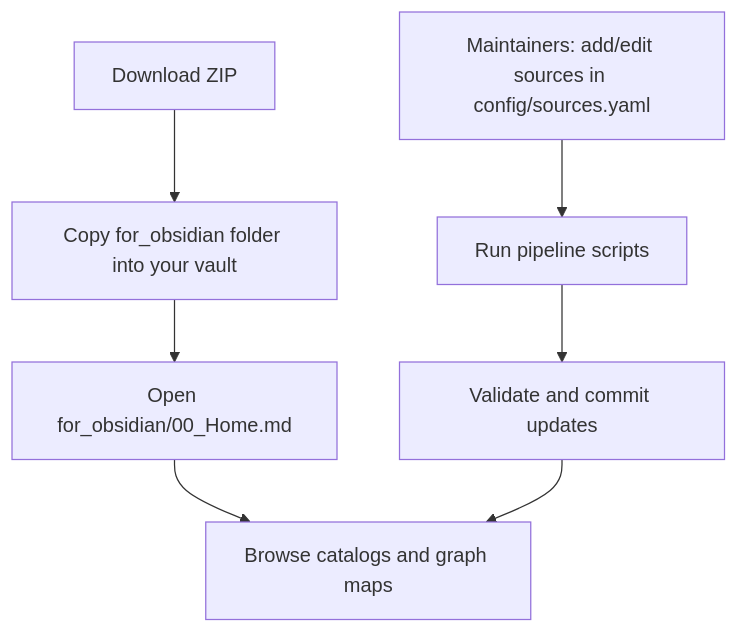
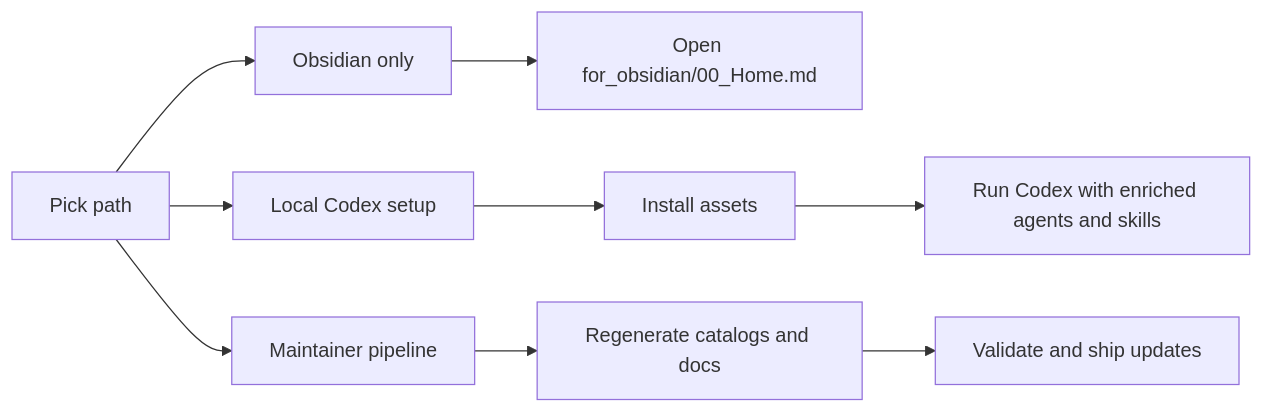
One commit to anujraja/Codex-Software-Developer changed the first of 3 diagrams in README.md. Above: the diagram before and after it, drawn with Mermaid. The commit also changed other lines of this file and 1 other file, not shown here.

````diff
--- a/README.md
+++ b/README.md
@@ -69,9 +81,11 @@
 ```mermaid
-flowchart TD
-  A["Download ZIP"] --> B["Copy for_obsidian folder into your vault"]
-  B --> C["Open for_obsidian/00_Home.md"]
-  C --> D["Browse catalogs and graph maps"]
-  E["Maintainers: add/edit sources in config/sources.yaml"] --> F["Run pipeline scripts"]
-  F --> G["Validate and commit updates"]
-  G --> D
+flowchart LR
+  A["Pick path"] --> B["Obsidian only"]
+  A --> C["Local Codex setup"]
+  A --> D["Maintainer pipeline"]
+  B --> E["Open for_obsidian/00_Home.md"]
+  C --> F["Install assets"]
+  D --> G["Regenerate catalogs and docs"]
+  F --> H["Run Codex with enriched agents and skills"]
+  G --> I["Validate and ship updates"]
 ```
````
